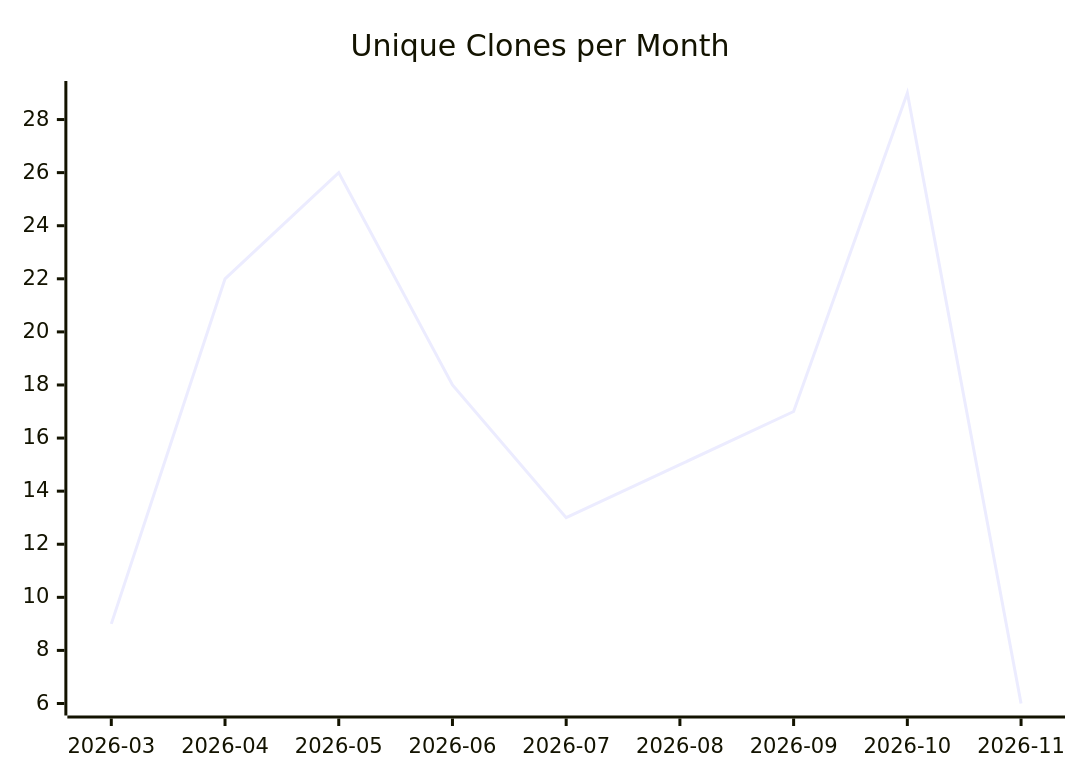
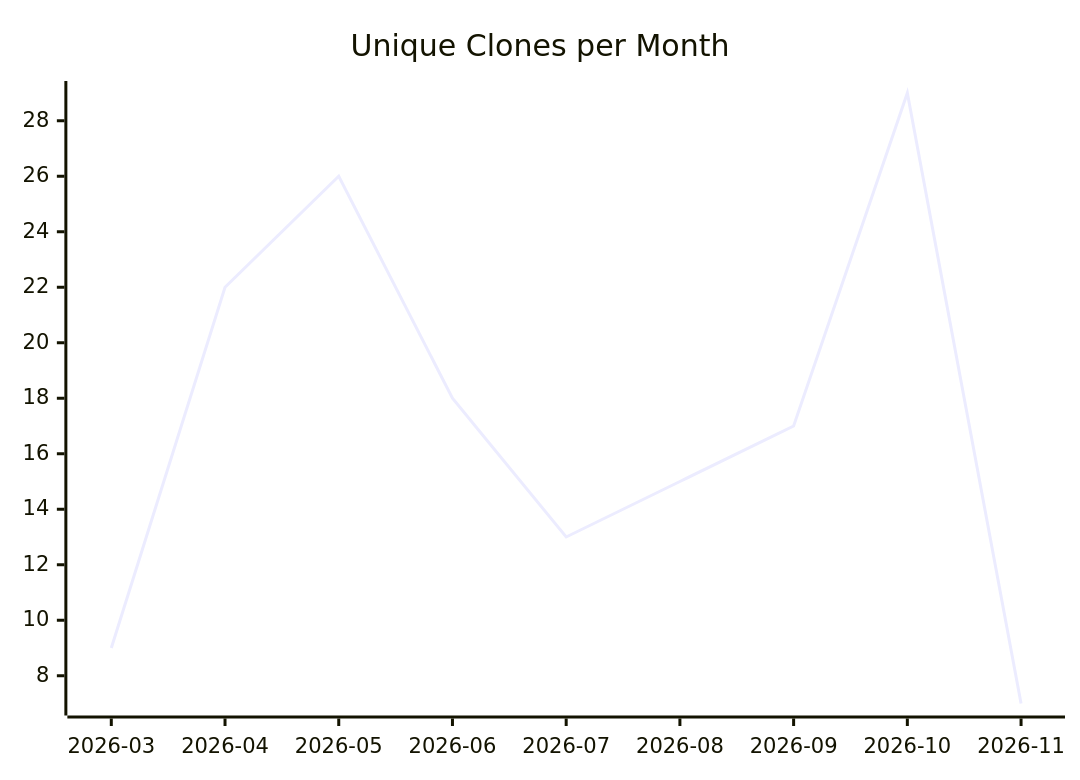
Before and after one commit to justdavis-family/github-analytics-data: the third of 3 diagrams in karlmdavis/lego-ev3dev-rs/README.md, drawn with Mermaid. The commit also changed other lines of this file and 193 other files, not shown here.

````diff
--- a/karlmdavis/lego-ev3dev-rs/README.md
+++ b/karlmdavis/lego-ev3dev-rs/README.md
@@ -19,6 +19,6 @@
 ```mermaid
 xychart-beta
   title "Unique Clones per Month"
   x-axis ["2026-03", "2026-04", "2026-05", "2026-06", "2026-07", "2026-08", "2026-09", "2026-10", "2026-11"]
-  line [9, 22, 26, 18, 13, 15, 17, 29, 6]
+  line [9, 22, 26, 18, 13, 15, 17, 29, 7]
 ```
````
